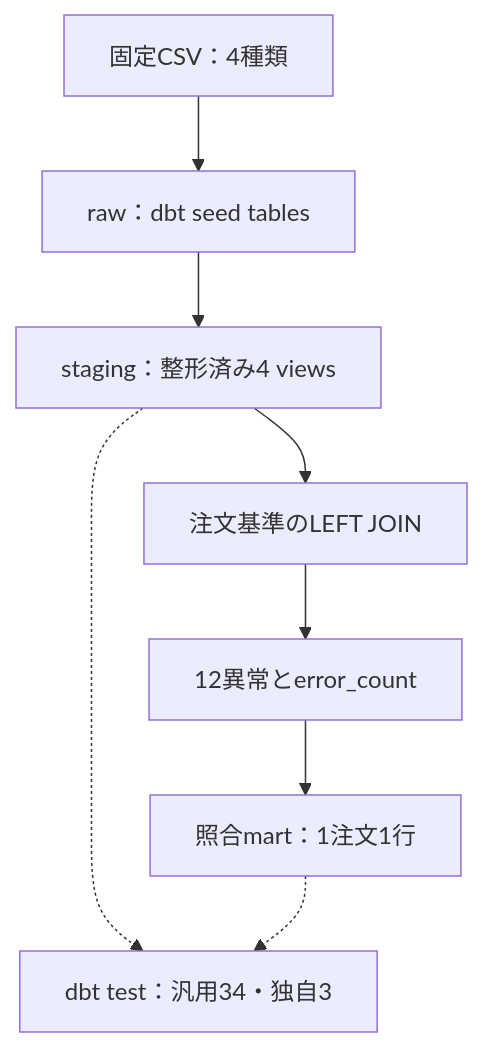
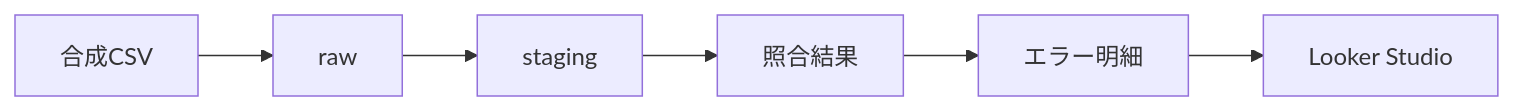
Before and after one commit to Naohide-Sugita/payment-reconciliation-data-mart: the diagram in docs/implementation-design.md, drawn with Mermaid. The commit also changed other lines of this file and 5 other files, not shown here.

````diff
--- a/docs/implementation-design.md
+++ b/docs/implementation-design.md
@@ -44,18 +13,15 @@
 ```mermaid
-flowchart TD
-    CSV["固定CSV：4種類"]
-    RAW["raw：dbt seed tables"]
-    STG["staging：整形済み4 views"]
-    JOIN["注文基準のLEFT JOIN"]
-    FLAGS["12異常とerror_count"]
-    RESULT["照合mart：1注文1行"]
-    TEST["dbt test：汎用34・独自3"]
+flowchart LR
+    CSV["合成CSV"]
+    RAW["raw"]
+    STG["staging"]
+    REC["照合結果"]
+    ERR["エラー明細"]
+    BI["Looker Studio"]
 
     CSV --> RAW
     RAW --> STG
-    STG --> JOIN
-    JOIN --> FLAGS
-    FLAGS --> RESULT
-    STG -.-> TEST
-    RESULT -.-> TEST
+    STG --> REC
+    REC --> ERR
+    ERR --> BI
 ```
````
